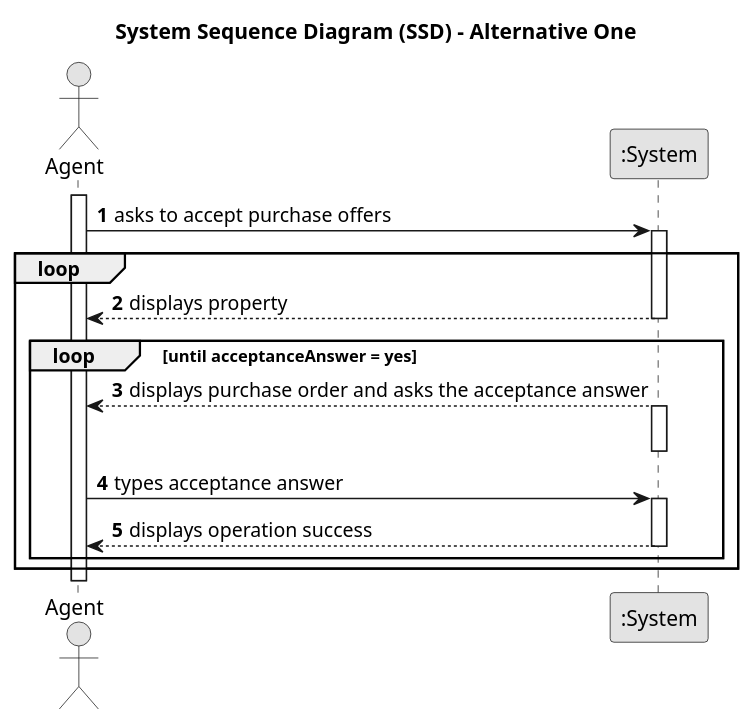
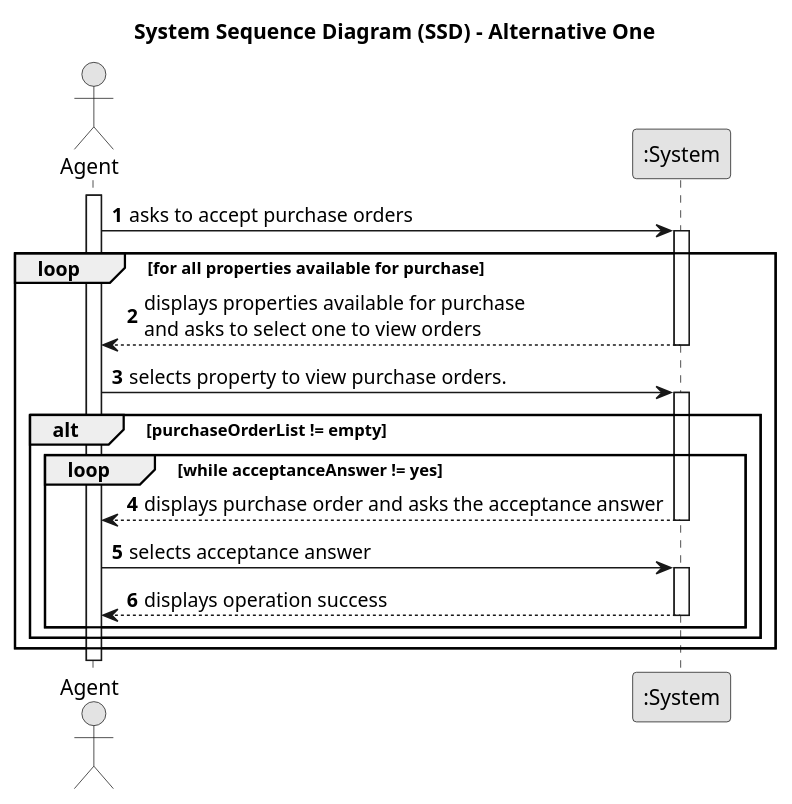
Before and after one commit to rita-barbosa/LAPR2-2223: the diagram in docs/sprintC/us011/01.requirements-engineering/puml/us011-system-sequence-diagram-alternative-one.puml, drawn with PlantUML. The commit also changed 7 other files, not shown here.

Commit message:
Update of System Sequence Diagram [US011][Requirements Engineering]

```diff
--- a/docs/sprintC/us011/01.requirements-engineering/puml/us011-system-sequence-diagram-alternative-one.puml
+++ b/docs/sprintC/us011/01.requirements-engineering/puml/us011-system-sequence-diagram-alternative-one.puml
@@ -1,37 +1,44 @@
 @startuml
 skinparam monochrome true
 skinparam packageStyle rectangle
 skinparam shadowing false
 
 title System Sequence Diagram (SSD) - Alternative One
 
 autonumber
 
 actor "Agent" as Agent
 participant ":System" as System
 
 activate Agent
 
-    Agent -> System : asks to accept purchase offers
+    Agent -> System : asks to accept purchase orders
     activate System
 
-    loop
-    System --> Agent : displays property
-deactivate System
+    loop for all properties available for purchase
 
-
-    loop until acceptanceAnswer = yes
-    System -->  Agent: displays purchase order and asks the acceptance answer
-    activate System
+    System --> Agent : displays properties available for purchase \nand asks to select one to view orders
     deactivate System
 
-    Agent -> System  : types acceptance answer
+    Agent -> System : selects property to view purchase orders.
+    activate System
+
+    alt purchaseOrderList != empty
+    loop while acceptanceAnswer != yes
+
+    System -->  Agent: displays purchase order and asks the acceptance answer
+    deactivate System
+
+    Agent -> System  : selects acceptance answer
     activate System
 
     System --> Agent : displays operation success
     deactivate System
+
     end loop
+    end alt
     end loop
 
 
+
 @enduml
```
